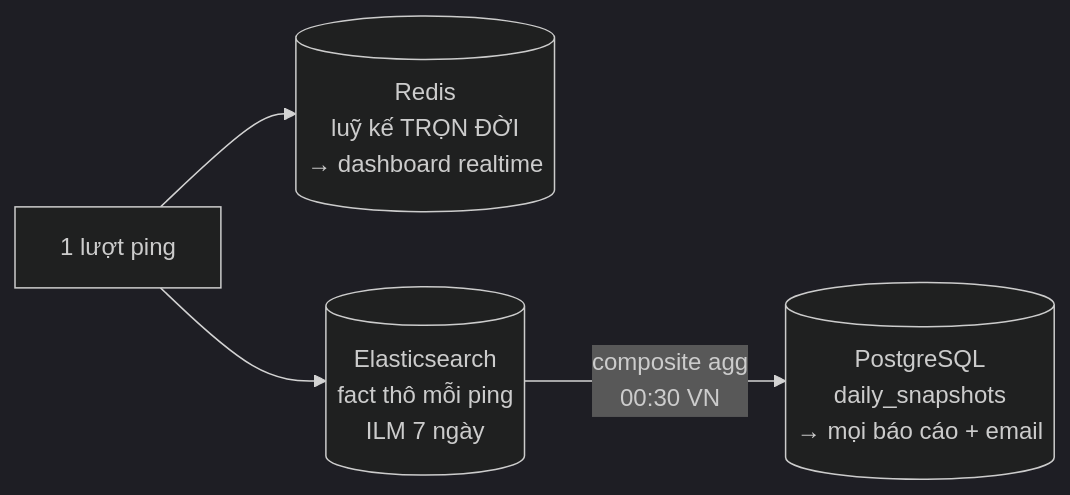
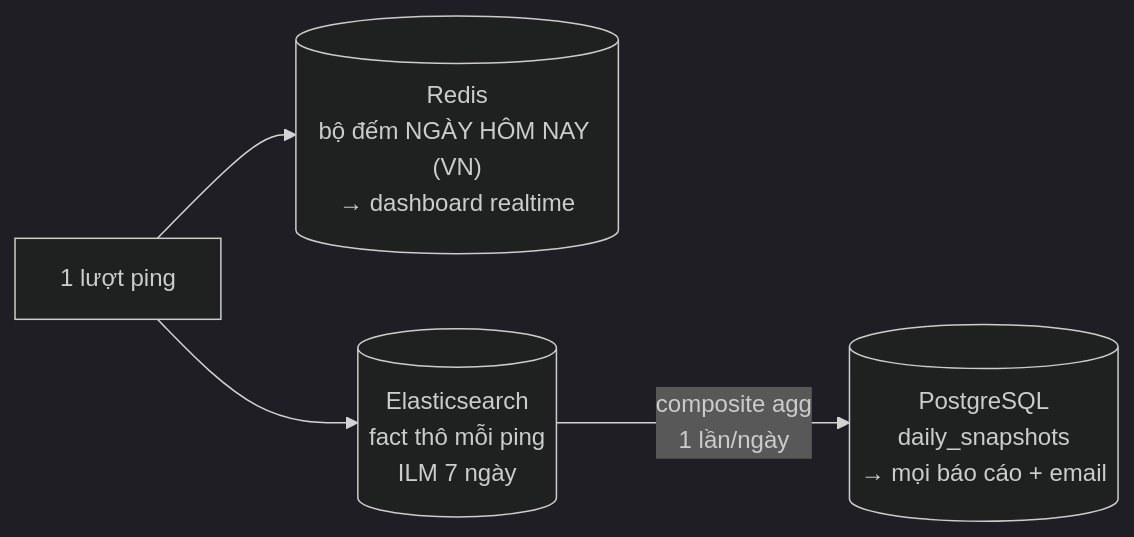
One commit to dwchwang/sms_microservice changed the ninth of 9 diagrams in docs/BaoCao-MoTa-ThietKe-HeThong.md. Above: the diagram before and after it, drawn with Mermaid (dark theme). The commit also changed other lines of this file and 24 other files, not shown here.

````diff
--- a/docs/BaoCao-MoTa-ThietKe-HeThong.md
+++ b/docs/BaoCao-MoTa-ThietKe-HeThong.md
@@ -478,6 +539,6 @@
 ```mermaid
 graph LR
-    L["1 lượt ping"] --> RDS[("Redis<br/>luỹ kế TRỌN ĐỜI<br/>→ dashboard realtime")]
+    L["1 lượt ping"] --> RDS[("Redis<br/>bộ đếm NGÀY HÔM NAY (VN)<br/>→ dashboard realtime")]
     L --> ES[("Elasticsearch<br/>fact thô mỗi ping<br/>ILM 7 ngày")]
-    ES -->|"composite agg<br/>00:30 VN"| PG[("PostgreSQL<br/>daily_snapshots<br/>→ mọi báo cáo + email")]
+    ES -->|"composite agg<br/>1 lần/ngày"| PG[("PostgreSQL<br/>daily_snapshots<br/>→ mọi báo cáo + email")]
 ```
````
